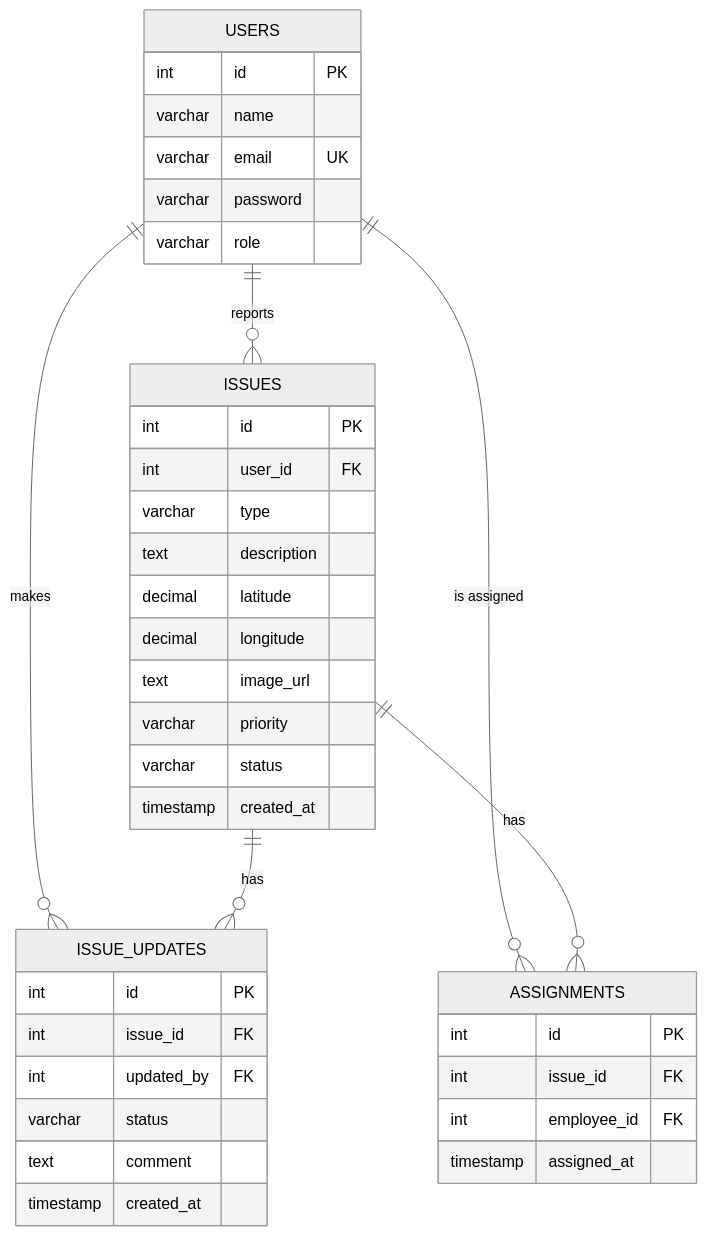
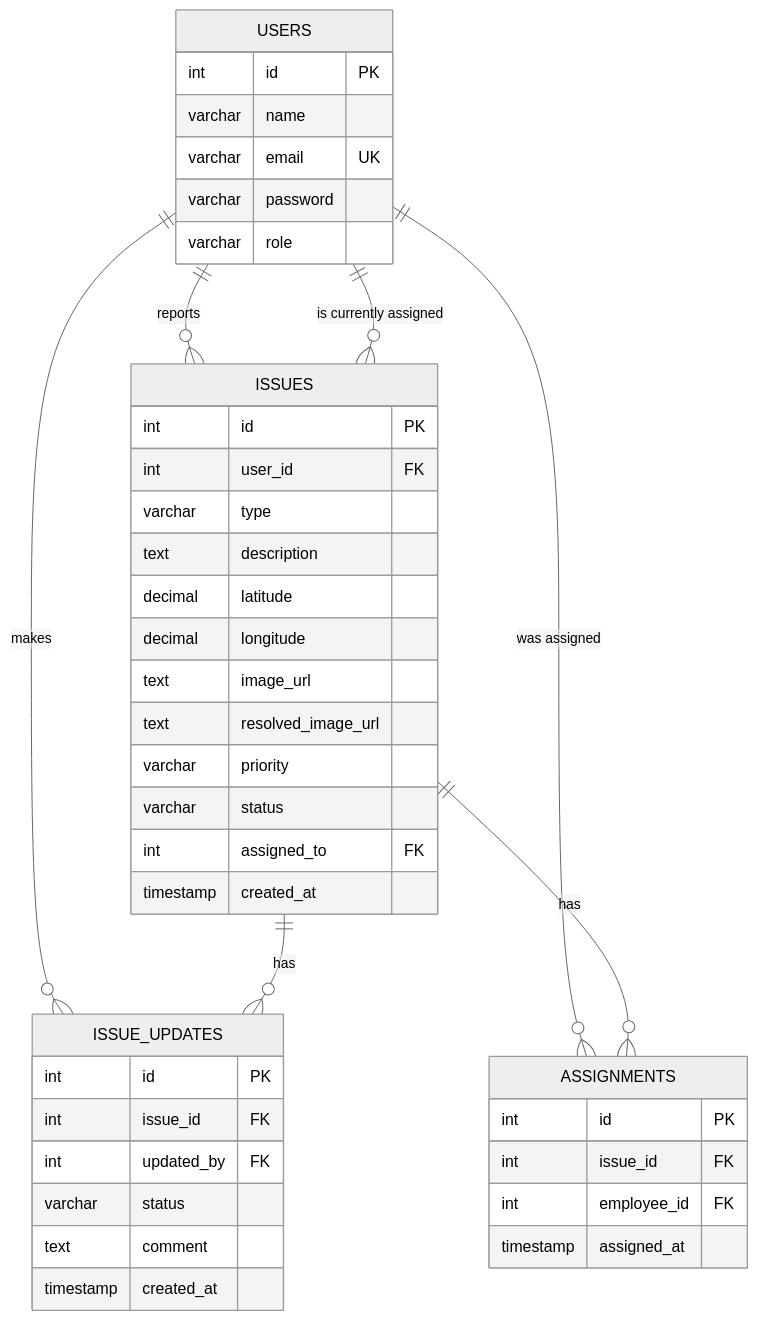
The third of 3 diagrams in README.md (adityanarayan404/Civic-Fix), drawn with Mermaid (neutral theme) before and after one commit. The commit also changed other lines of this file and 1 other file, not shown here.

````diff
--- a/README.md
+++ b/README.md
@@ -97,42 +110,45 @@
 ```mermaid
 erDiagram
     USERS ||--o{ ISSUES : reports
+    USERS ||--o{ ISSUES : "is currently assigned"
     USERS ||--o{ ISSUE_UPDATES : makes
-    USERS ||--o{ ASSIGNMENTS : "is assigned"
+    USERS ||--o{ ASSIGNMENTS : "was assigned"
     ISSUES ||--o{ ISSUE_UPDATES : has
     ISSUES ||--o{ ASSIGNMENTS : has
 
     USERS {
         int id PK
         varchar name
         varchar email UK
         varchar password
         varchar role
     }
     ISSUES {
         int id PK
         int user_id FK
         varchar type
         text description
         decimal latitude
         decimal longitude
         text image_url
+        text resolved_image_url
         varchar priority
         varchar status
+        int assigned_to FK
         timestamp created_at
     }
     ISSUE_UPDATES {
         int id PK
         int issue_id FK
         int updated_by FK
         varchar status
         text comment
         timestamp created_at
     }
     ASSIGNMENTS {
         int id PK
         int issue_id FK
         int employee_id FK
         timestamp assigned_at
     }
 ```
````
